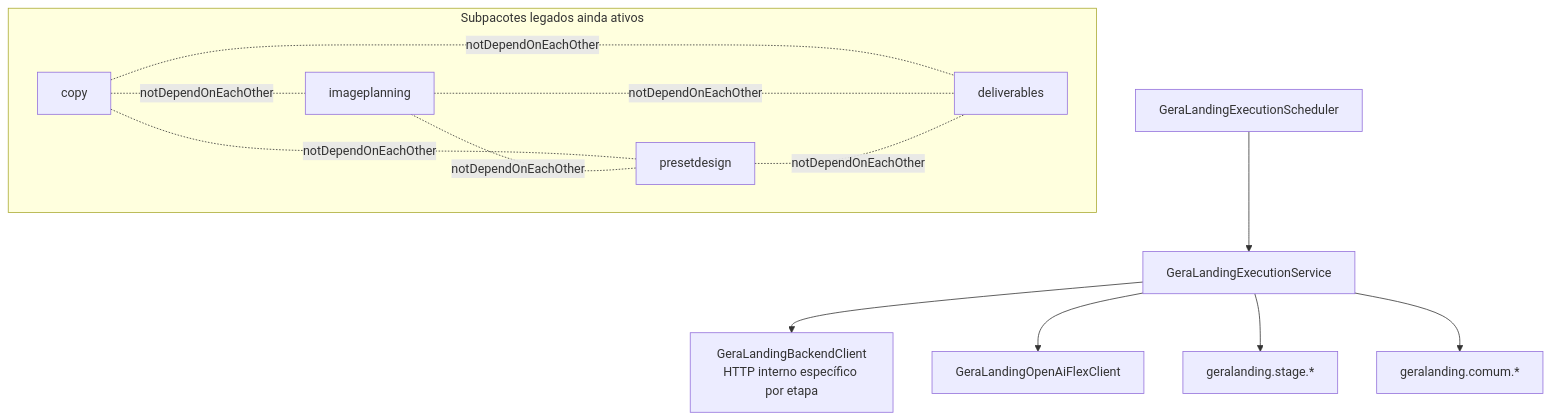
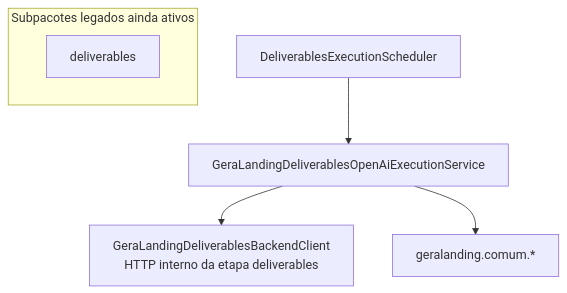
The third of 3 diagrams in docs/canonical/geralanding-arquitetura-canon.v1.md (paulofor/marketing-hub), drawn with Mermaid before and after one commit. The commit also changed other lines of this file and 38 other files, not shown here.

Commit message:
Remove legados GeraLanding migrados para openai core

````diff
--- a/docs/canonical/geralanding-arquitetura-canon.v1.md
+++ b/docs/canonical/geralanding-arquitetura-canon.v1.md
@@ -72,22 +72,10 @@
 ```mermaid
 flowchart TD
-    SCH[GeraLandingExecutionScheduler] --> EXEC[GeraLandingExecutionService]
-    EXEC --> BACK[GeraLandingBackendClient<br/>HTTP interno específico por etapa]
-    EXEC --> OPENAI[GeraLandingOpenAiFlexClient]
-    EXEC --> STAGE[geralanding.stage.*]
+    SCH[DeliverablesExecutionScheduler] --> EXEC[GeraLandingDeliverablesOpenAiExecutionService]
+    EXEC --> BACK[GeraLandingDeliverablesBackendClient<br/>HTTP interno da etapa deliverables]
     EXEC --> COMUM[geralanding.comum.*]
 
     subgraph SLICES[Subpacotes legados ainda ativos]
-      SC[copy]
-      SI[imageplanning]
-      SP[presetdesign]
       SD[deliverables]
     end
-
-    SC -. notDependOnEachOther .- SI
-    SC -. notDependOnEachOther .- SP
-    SC -. notDependOnEachOther .- SD
-    SI -. notDependOnEachOther .- SP
-    SI -. notDependOnEachOther .- SD
-    SP -. notDependOnEachOther .- SD
 ```
````
